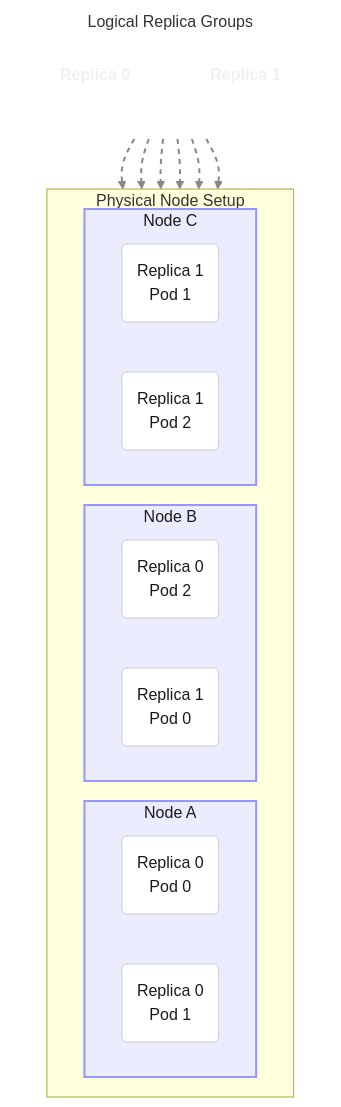
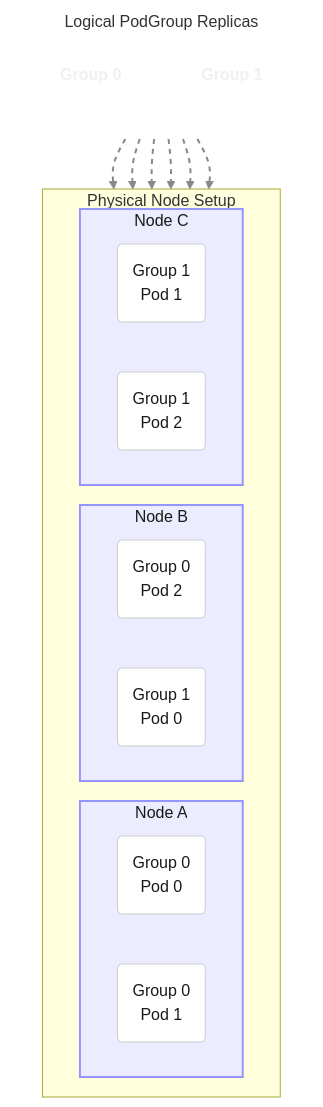
One commit to kubernetes/enhancements changed the first of 2 diagrams in keps/sig-apps/draft-20251010-multipod-pdb/README.md. Above: the diagram before and after it, drawn with Mermaid. The commit also changed other lines of this file, not shown here.

````diff
--- a/keps/sig-apps/draft-20251010-multipod-pdb/README.md
+++ b/keps/sig-apps/draft-20251010-multipod-pdb/README.md
@@ -299,51 +308,51 @@
 ```mermaid
 graph TD
     %% Define Styles for Setup Diagram
     classDef node_box fill:#ececff,stroke:#9696ff,stroke-width:2px,color:#1a1a1a
     classDef pod_box fill:#fff,stroke:#ccc,color:#1a1a1a
     classDef replica_label fill:none,stroke:none,font-weight:bold,color:#f0f0f0
 
     subgraph "Physical Node Setup"
         direction LR
 
         subgraph NodeA ["Node A"]
-            R0P0("Replica 0<br/>Pod 0")
-            R0P1("Replica 0<br/>Pod 1")
+            G0P0("Group 0<br/>Pod 0")
+            G0P1("Group 0<br/>Pod 1")
         end
         class NodeA node_box
 
         subgraph NodeB ["Node B"]
-            R0P2("Replica 0<br/>Pod 2")
-            R1P0("Replica 1<br/>Pod 0")
+            G0P2("Group 0<br/>Pod 2")
+            G1P0("Group 1<br/>Pod 0")
         end
         class NodeB node_box
 
         subgraph NodeC ["Node C"]
-            R1P1("Replica 1<br/>Pod 1")
-            R1P2("Replica 1<br/>Pod 2")
+            G1P1("Group 1<br/>Pod 1")
+            G1P2("Group 1<br/>Pod 2")
         end
         class NodeC node_box
 
-        class R0P0,R0P1,R0P2,R1P0,R1P1,R1P2 pod_box
+        class G0P0,G0P1,G0P2,G1P0,G1P1,G1P2 pod_box
     end
     
     %% Logical Groupings (shown with links)
-    subgraph LogicalGrouping ["Logical Replica Groups"]
+    subgraph LogicalGrouping ["Logical PodGroup Replicas"]
         direction TB
         style LogicalGrouping fill:none,stroke:none
-        R0("Replica 0")
-        R1("Replica 1")
-        class R0,R1 replica_label
+        G0("Group 0")
+        G1("Group 1")
+        class G0,G1 replica_label
     end
     
-    R0 -.-> R0P0
-    R0 -.-> R0P1
-    R0 -.-> R0P2
+    G0 -.-> G0P0
+    G0 -.-> G0P1
+    G0 -.-> G0P2
     
-    R1 -.-> R1P0
-    R1 -.-> R1P1
-    R1 -.-> R1P2
+    G1 -.-> G1P0
+    G1 -.-> G1P1
+    G1 -.-> G1P2
 
-    %% Style all links (0 to 5)
+    %% Style all links
     linkStyle 0,1,2,3,4,5 stroke:#888,stroke-dasharray: 5 5,stroke-width:2px
 ```
````
